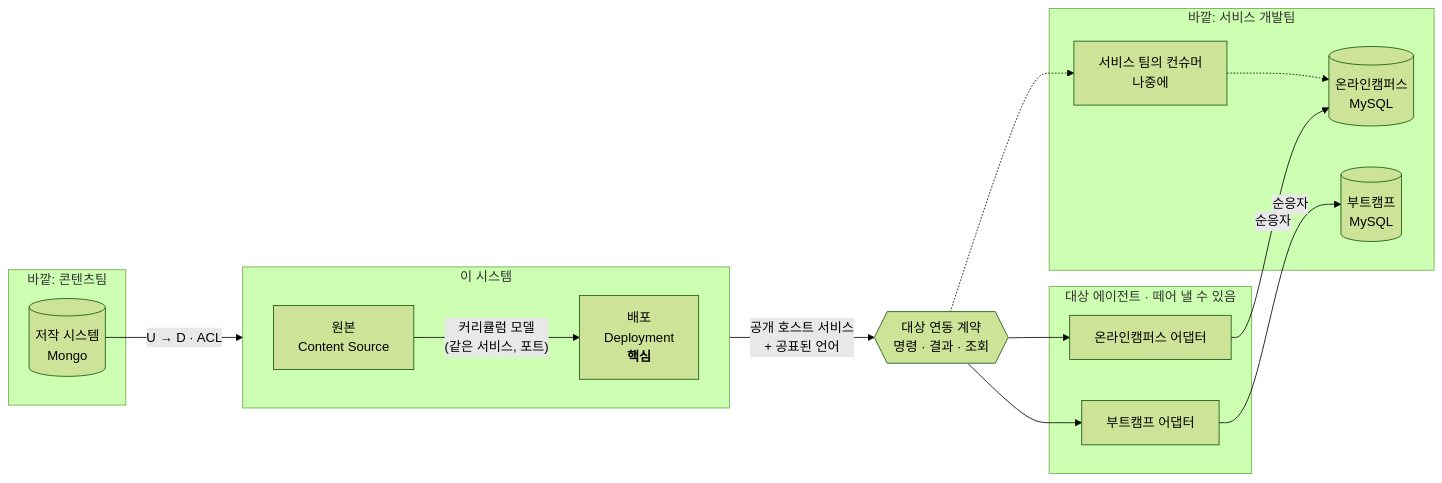
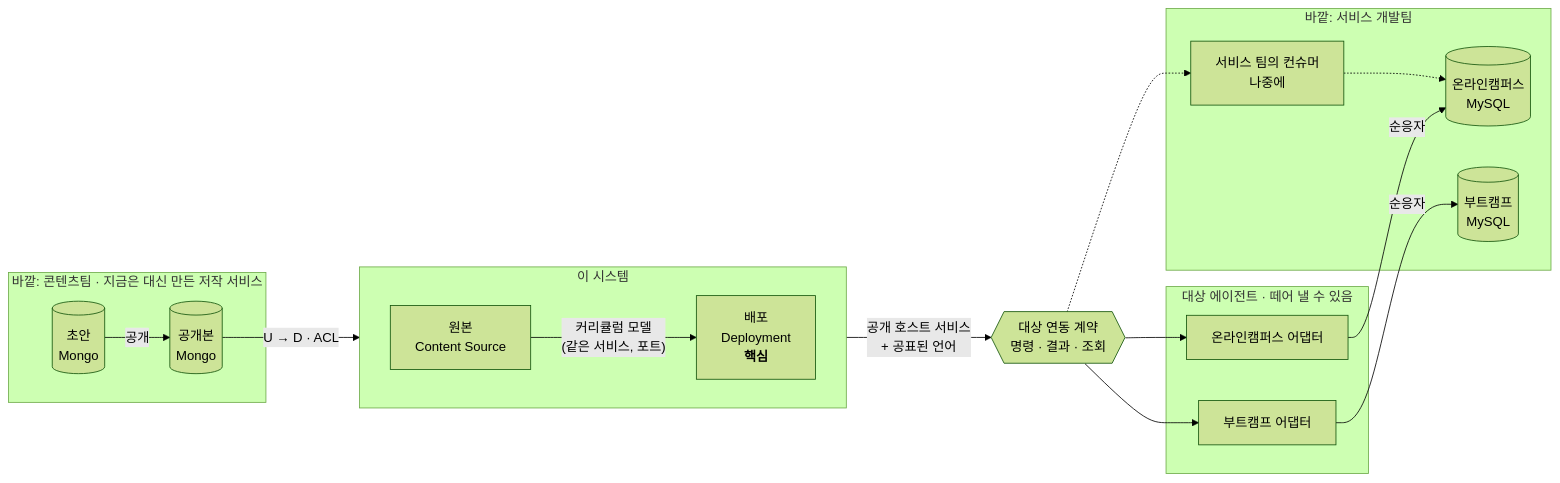
One commit to brunosong/transfersystem changed the diagram in docs/domain/context-map.md. Above: the diagram before and after it, drawn with Mermaid (forest theme). The commit also changed other lines of this file and 3 other files, not shown here.

````diff
--- a/docs/domain/context-map.md
+++ b/docs/domain/context-map.md
@@ -67,35 +77,37 @@
 ```mermaid
 flowchart LR
-  subgraph EXT1[바깥: 콘텐츠팀]
-    AUTH[(저작 시스템<br/>Mongo)]
+  subgraph EXT1[바깥: 콘텐츠팀 · 지금은 대신 만든 저작 서비스]
+    DRAFT[(초안<br/>Mongo)]
+    AUTH[(공개본<br/>Mongo)]
+    DRAFT -- "공개" --> AUTH
   end
 
   subgraph SYS[이 시스템]
     direction LR
     SRC[원본<br/>Content Source]
     DEP[배포<br/>Deployment<br/><b>핵심</b>]
   end
 
   CONTRACT{{대상 연동 계약<br/>명령 · 결과 · 조회}}
 
   subgraph AGENT[대상 에이전트 · 떼어 낼 수 있음]
     AOC[온라인캠퍼스 어댑터]
     ABC[부트캠프 어댑터]
   end
 
   subgraph EXT2[바깥: 서비스 개발팀]
     OC[(온라인캠퍼스<br/>MySQL)]
     BC[(부트캠프<br/>MySQL)]
     FUT[서비스 팀의 컨슈머<br/>나중에]
   end
 
   AUTH -- "U → D · ACL" --> SRC
   SRC -- "커리큘럼 모델<br/>(같은 서비스, 포트)" --> DEP
   DEP -- "공개 호스트 서비스<br/>+ 공표된 언어" --> CONTRACT
   CONTRACT --> AOC
   CONTRACT --> ABC
   CONTRACT -.-> FUT
   AOC -- "순응자" --> OC
   ABC -- "순응자" --> BC
   FUT -.-> OC
 ```
````
